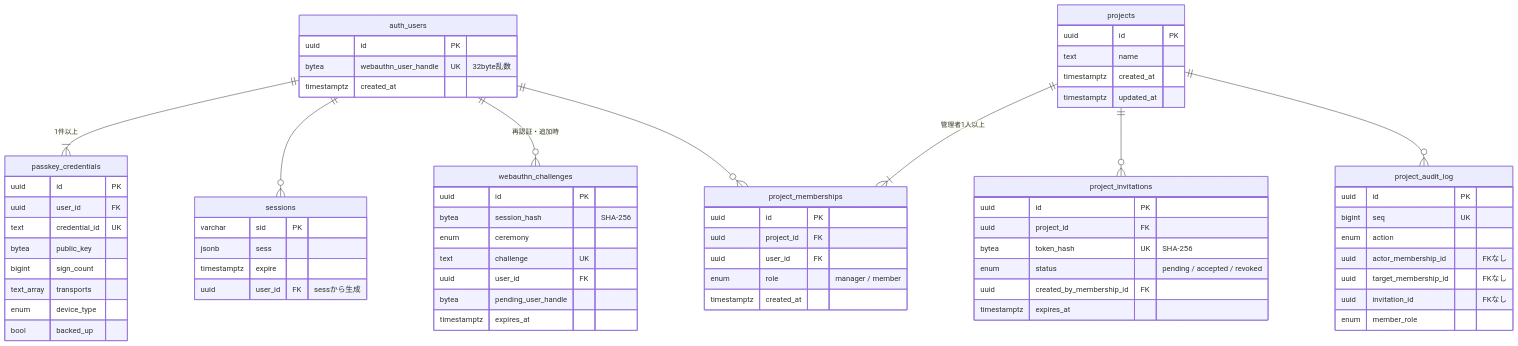
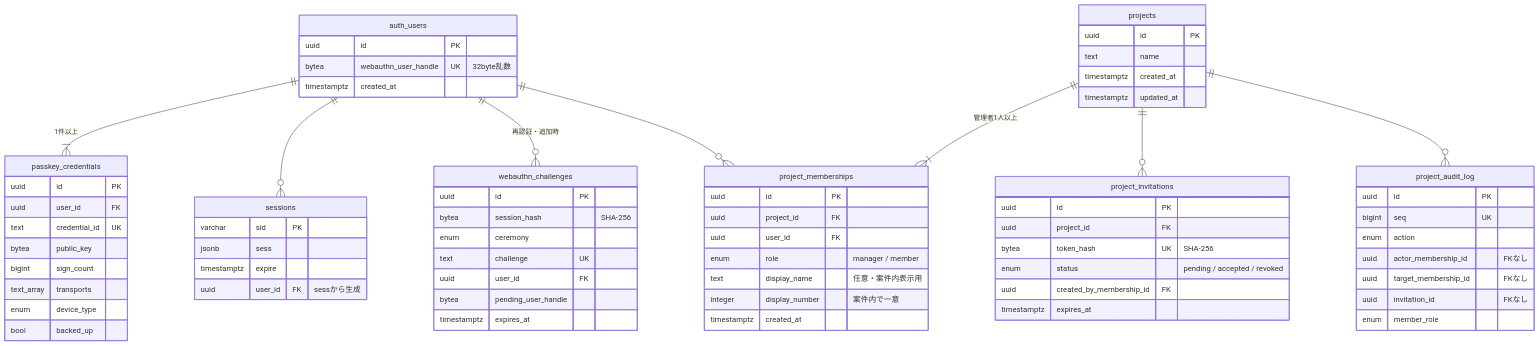
Before and after one commit to sendarionn/myid: the second of 4 diagrams in ARCHITECTURE.md, drawn with Mermaid. The commit also changed other lines of this file and 11 other files, not shown here.

````diff
--- a/ARCHITECTURE.md
+++ b/ARCHITECTURE.md
@@ -37,71 +37,73 @@
 ```mermaid
 erDiagram
   auth_users ||--|{ passkey_credentials : "1件以上"
   auth_users ||--o{ sessions : ""
   auth_users ||--o{ webauthn_challenges : "再認証・追加時"
   auth_users ||--o{ project_memberships : ""
   projects ||--|{ project_memberships : "管理者1人以上"
   projects ||--o{ project_invitations : ""
   projects ||--o{ project_audit_log : ""
 
   auth_users {
     uuid id PK
     bytea webauthn_user_handle UK "32byte乱数"
     timestamptz created_at
   }
   passkey_credentials {
     uuid id PK
     uuid user_id FK
     text credential_id UK
     bytea public_key
     bigint sign_count
     text_array transports
     enum device_type
     bool backed_up
   }
   sessions {
     varchar sid PK
     jsonb sess
     timestamptz expire
     uuid user_id FK "sessから生成"
   }
   webauthn_challenges {
     uuid id PK
     bytea session_hash "SHA-256"
     enum ceremony
     text challenge UK
     uuid user_id FK
     bytea pending_user_handle
     timestamptz expires_at
   }
   projects {
     uuid id PK
     text name
     timestamptz created_at
     timestamptz updated_at
   }
   project_memberships {
     uuid id PK
     uuid project_id FK
     uuid user_id FK
     enum role "manager / member"
+    text display_name "任意・案件内表示用"
+    integer display_number "案件内で一意"
     timestamptz created_at
   }
   project_invitations {
     uuid id PK
     uuid project_id FK
     bytea token_hash UK "SHA-256"
     enum status "pending / accepted / revoked"
     uuid created_by_membership_id FK
     timestamptz expires_at
   }
   project_audit_log {
     uuid id PK
     bigint seq UK
     enum action
     uuid actor_membership_id "FKなし"
     uuid target_membership_id "FKなし"
     uuid invitation_id "FKなし"
     enum member_role
   }
 ```
````
